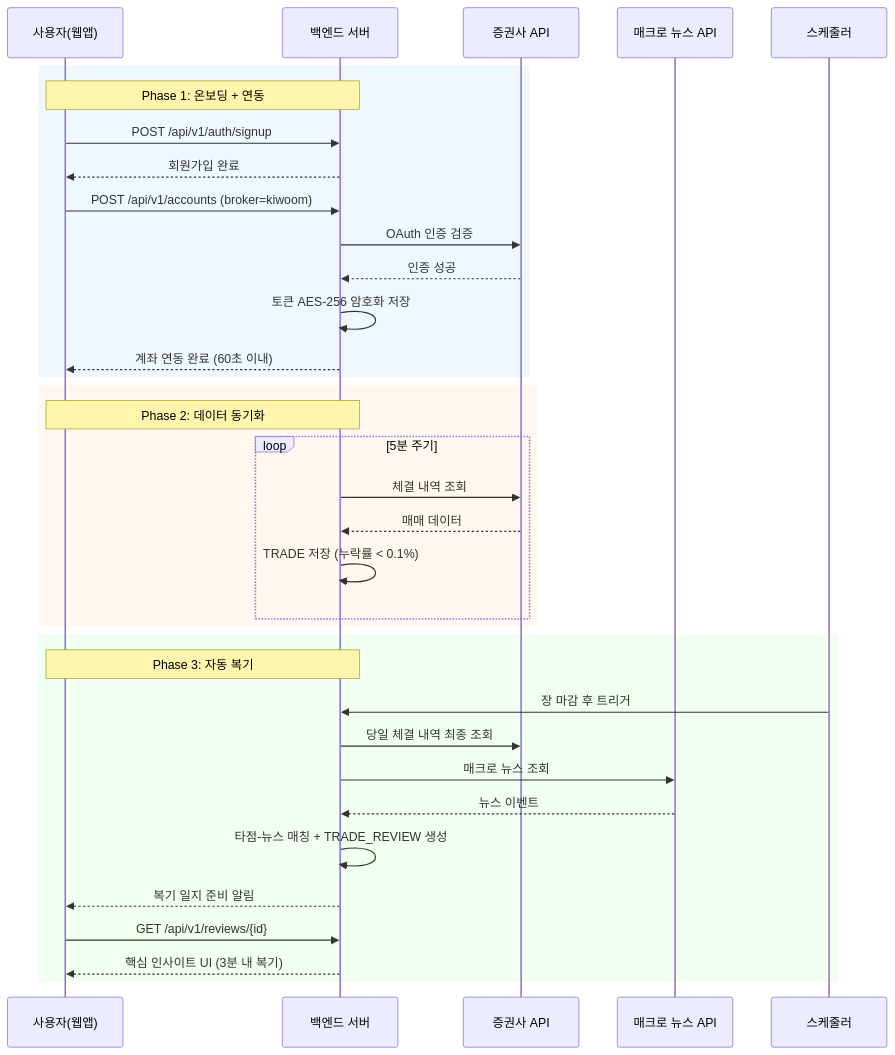
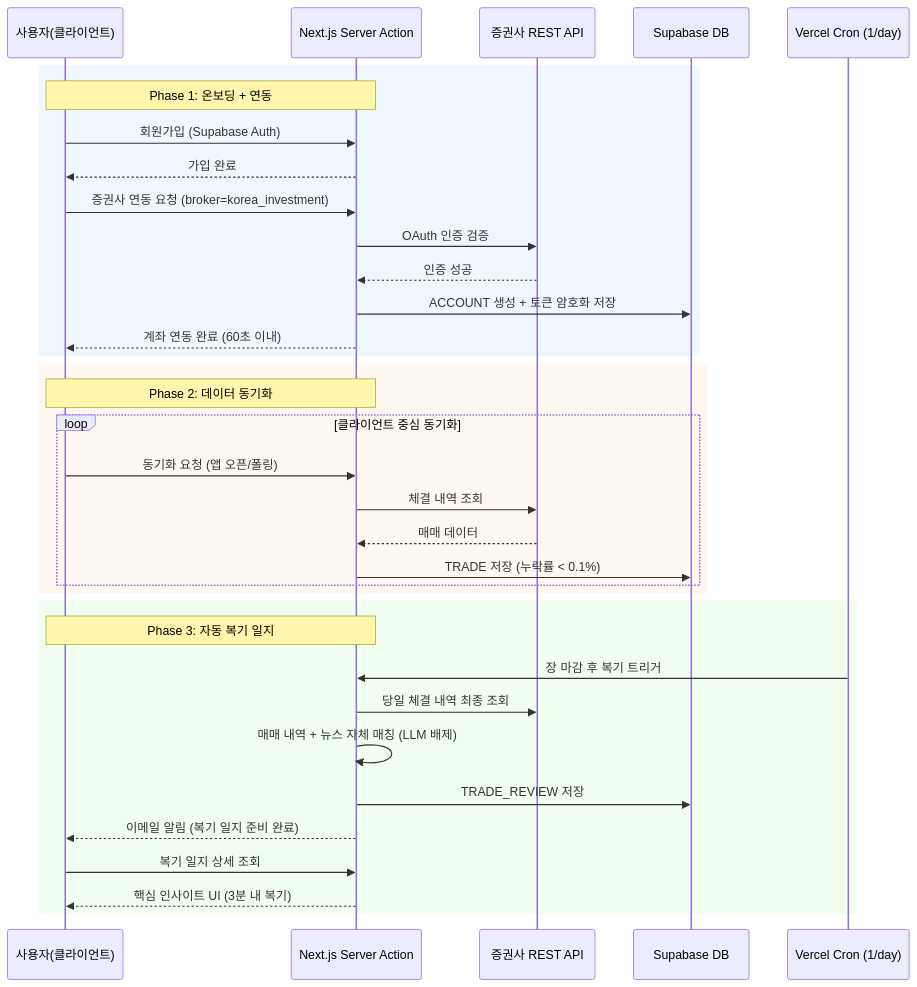
One commit to innovate5945/SRS-from-PRD-Youtuber changed the ninth of 10 diagrams in SRS-Drafts/SRS_v0_1_Opus.md. Above: the diagram before and after it, drawn with Mermaid. The commit also changed other lines of this file and 5 other files, not shown here.

````diff
--- a/SRS-Drafts/SRS_v0_1_Opus.md
+++ b/SRS-Drafts/SRS_v0_1_Opus.md
@@ -888,40 +868,40 @@
 ```mermaid
 sequenceDiagram
-    participant U as 사용자(웹앱)
-    participant S as 백엔드 서버
-    participant B as 증권사 API
-    participant N as 매크로 뉴스 API
-    participant SCH as 스케줄러
+    participant U as 사용자(클라이언트)
+    participant S as Next.js Server Action
+    participant B as 증권사 REST API
+    participant DB as Supabase DB
+    participant CRON as Vercel Cron (1/day)
 
     rect rgb(240,248,255)
         Note over U,S: Phase 1: 온보딩 + 연동
-        U->>S: POST /api/v1/auth/signup
-        S-->>U: 회원가입 완료
-        U->>S: POST /api/v1/accounts (broker=kiwoom)
+        U->>S: 회원가입 (Supabase Auth)
+        S-->>U: 가입 완료
+        U->>S: 증권사 연동 요청 (broker=korea_investment)
         S->>B: OAuth 인증 검증
         B-->>S: 인증 성공
-        S->>S: 토큰 AES-256 암호화 저장
+        S->>DB: ACCOUNT 생성 + 토큰 암호화 저장
         S-->>U: 계좌 연동 완료 (60초 이내)
     end
 
     rect rgb(255,248,240)
         Note over U,S: Phase 2: 데이터 동기화
-        loop 5분 주기
+        loop 클라이언트 중심 동기화
+            U->>S: 동기화 요청 (앱 오픈/폴링)
             S->>B: 체결 내역 조회
             B-->>S: 매매 데이터
-            S->>S: TRADE 저장 (누락률 < 0.1%)
+            S->>DB: TRADE 저장 (누락률 < 0.1%)
         end
     end
 
     rect rgb(240,255,240)
-        Note over U,S: Phase 3: 자동 복기
-        SCH->>S: 장 마감 후 트리거
+        Note over U,S: Phase 3: 자동 복기 일지
+        CRON->>S: 장 마감 후 복기 트리거
         S->>B: 당일 체결 내역 최종 조회
-        S->>N: 매크로 뉴스 조회
-        N-->>S: 뉴스 이벤트
-        S->>S: 타점-뉴스 매칭 + TRADE_REVIEW 생성
-        S-->>U: 복기 일지 준비 알림
-        U->>S: GET /api/v1/reviews/{id}
+        S->>S: 매매 내역 + 뉴스 자체 매칭 (LLM 배제)
+        S->>DB: TRADE_REVIEW 저장
+        S-->>U: 이메일 알림 (복기 일지 준비 완료)
+        U->>S: 복기 일지 상세 조회
         S-->>U: 핵심 인사이트 UI (3분 내 복기)
     end
 ```
````
